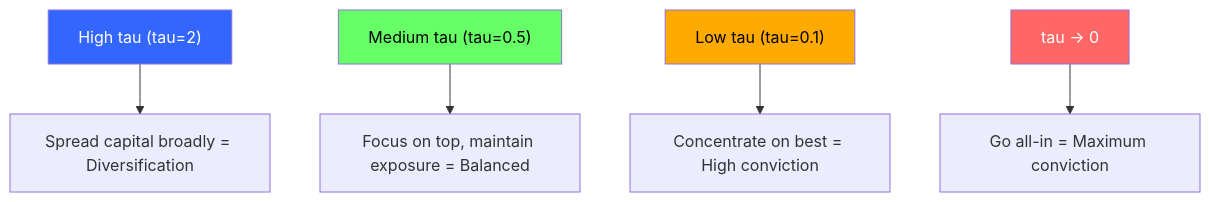
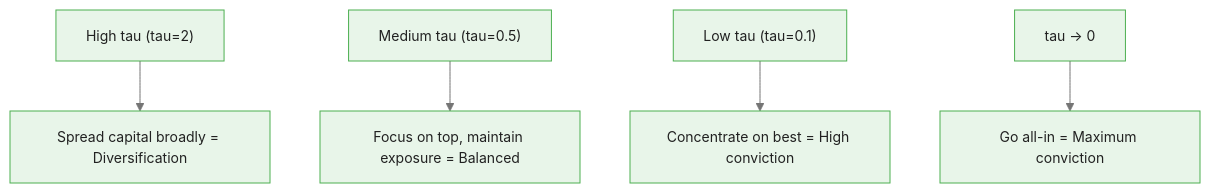
The second of 3 diagrams in courses/multi-armed-bandits-ab-testing/modules/module_01_bandit_algorithms/guides/03_softmax_boltzmann_slides.md (m-deane/course-creator), drawn with Mermaid before and after one commit. The commit also changed other lines of this file and 146 other files, not shown here.

````diff
--- a/courses/multi-armed-bandits-ab-testing/modules/module_01_bandit_algorithms/guides/03_softmax_boltzmann_slides.md
+++ b/courses/multi-armed-bandits-ab-testing/modules/module_01_bandit_algorithms/guides/03_softmax_boltzmann_slides.md
@@ -127,12 +156,8 @@
 ```mermaid
+%%{init: {"theme": "base", "themeVariables": {"primaryColor": "#e8f5e9", "primaryBorderColor": "#4caf50", "primaryTextColor": "#212121", "secondaryColor": "#e3f2fd", "tertiaryColor": "#fff8e1", "lineColor": "#757575", "fontFamily": "Inter, sans-serif", "fontSize": "14px"}}}%%
 flowchart TD
     High["High tau (tau=2)"] --> Div["Spread capital broadly = Diversification"]
     Mid["Medium tau (tau=0.5)"] --> Bal["Focus on top, maintain exposure = Balanced"]
     Low["Low tau (tau=0.1)"] --> Con["Concentrate on best = High conviction"]
     Zero["tau -> 0"] --> All["Go all-in = Maximum conviction"]
-
-    style High fill:#36f,color:#fff
-    style Mid fill:#6f6,color:#000
-    style Low fill:#fa0,color:#000
-    style Zero fill:#f66,color:#fff
 ```
````
